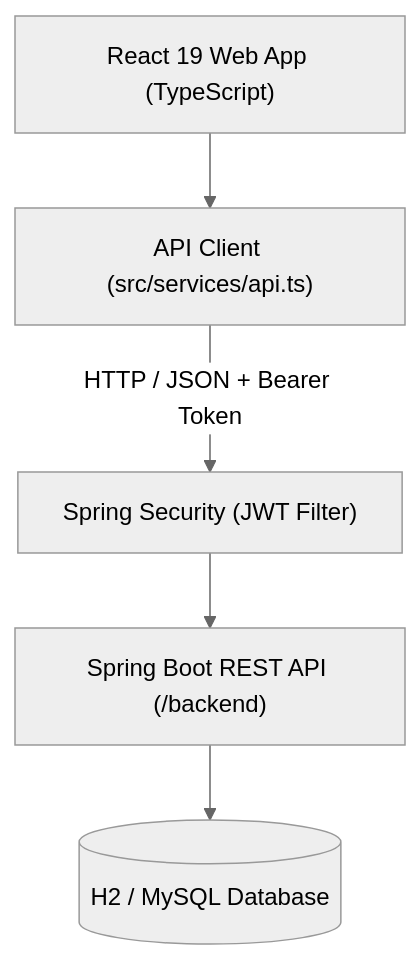
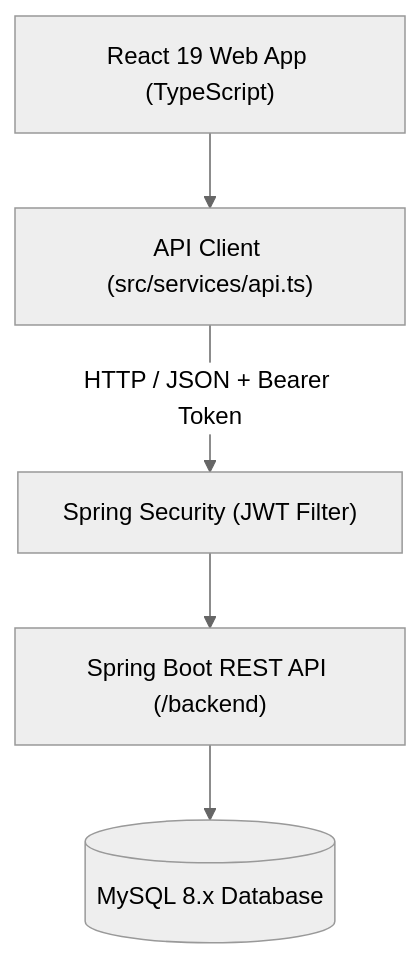
One commit to Nithz-codes/Sizzle changed the diagram in README.md. Above: the diagram before and after it, drawn with Mermaid (neutral theme). The commit also changed other lines of this file and 11 other files, not shown here.

````diff
--- a/README.md
+++ b/README.md
@@ -73,13 +73,13 @@
 ```mermaid
 graph TD
     Client["React 19 Web App (TypeScript)"]
     API["API Client (src/services/api.ts)"]
     Backend["Spring Boot REST API (/backend)"]
     Security["Spring Security (JWT Filter)"]
-    DB[("H2 / MySQL Database")]
+    DB[("MySQL 8.x Database")]
 
     Client --> API
     API -->|HTTP / JSON + Bearer Token| Security
     Security --> Backend
     Backend --> DB
 ```
````
